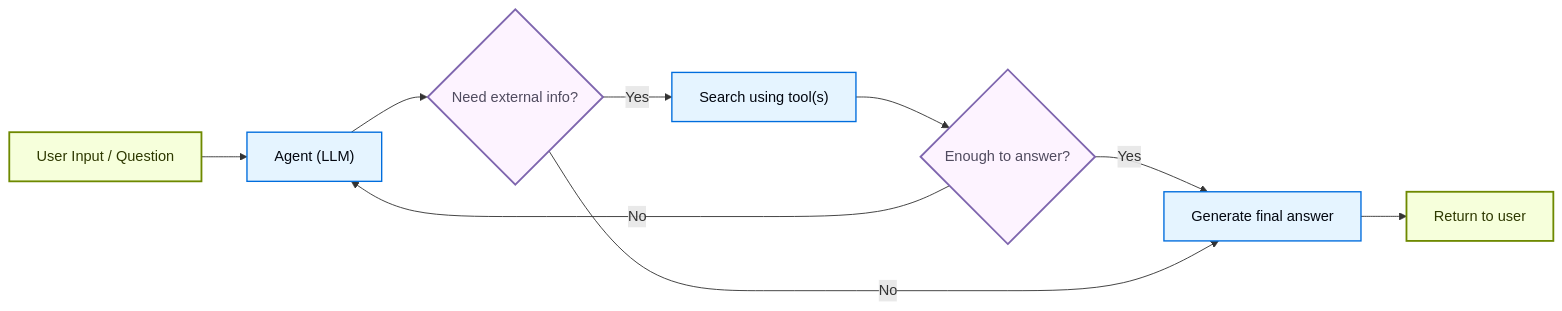
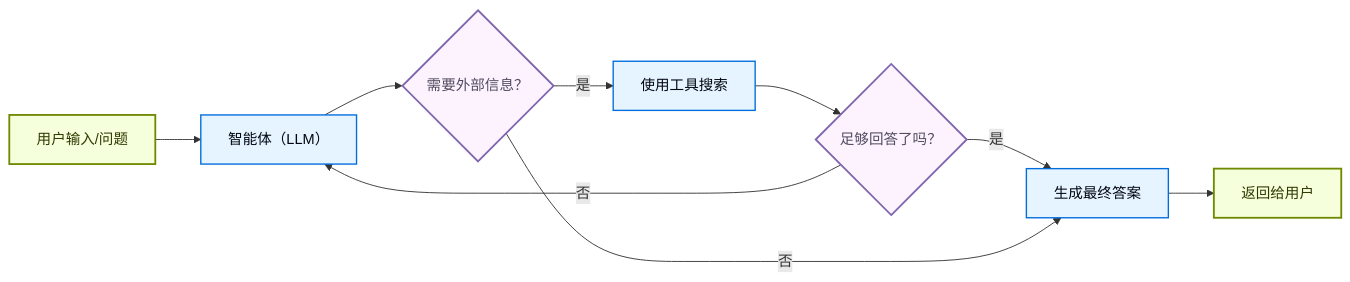
One commit to CodeFly16/langchain-cn-doc changed the third of 4 diagrams in oss/javascript/langchain/retrieval.mdx. Above: the diagram before and after it, drawn with Mermaid. The commit also changed other lines of this file and 47 other files, not shown here.

````diff
--- a/oss/javascript/langchain/retrieval.mdx
+++ b/oss/javascript/langchain/retrieval.mdx
@@ -169,20 +169,20 @@
 ```mermaid
 graph LR
-    A[User Input / Question] --> B["Agent (LLM)"]
-    B --> C{Need external info?}
-    C -- Yes --> D["Search using tool(s)"]
-    D --> H{Enough to answer?}
-    H -- No --> B
-    H -- Yes --> I[Generate final answer]
-    C -- No --> I
-    I --> J[Return to user]
+    A[用户输入/问题] --> B["智能体（LLM）"]
+    B --> C{需要外部信息？}
+    C -- 是 --> D["使用工具搜索"]
+    D --> H{足够回答了吗？}
+    H -- 否 --> B
+    H -- 是 --> I[生成最终答案]
+    C -- 否 --> I
+    I --> J[返回给用户]
 
-    %% Dark-mode friendly styling
+    %% 暗色模式友好的样式
     classDef startend fill:#F6FFDB,stroke:#6E8900,stroke-width:2px,color:#2E3900
     classDef decision fill:#FDF3FF,stroke:#7E65AE,stroke-width:2px,color:#504B5F
     classDef process fill:#E5F4FF,stroke:#006DDD,stroke-width:1.5px,color:#030710
 
     class A,J startend
     class B,D,I process
     class C,H decision
 ```
````
